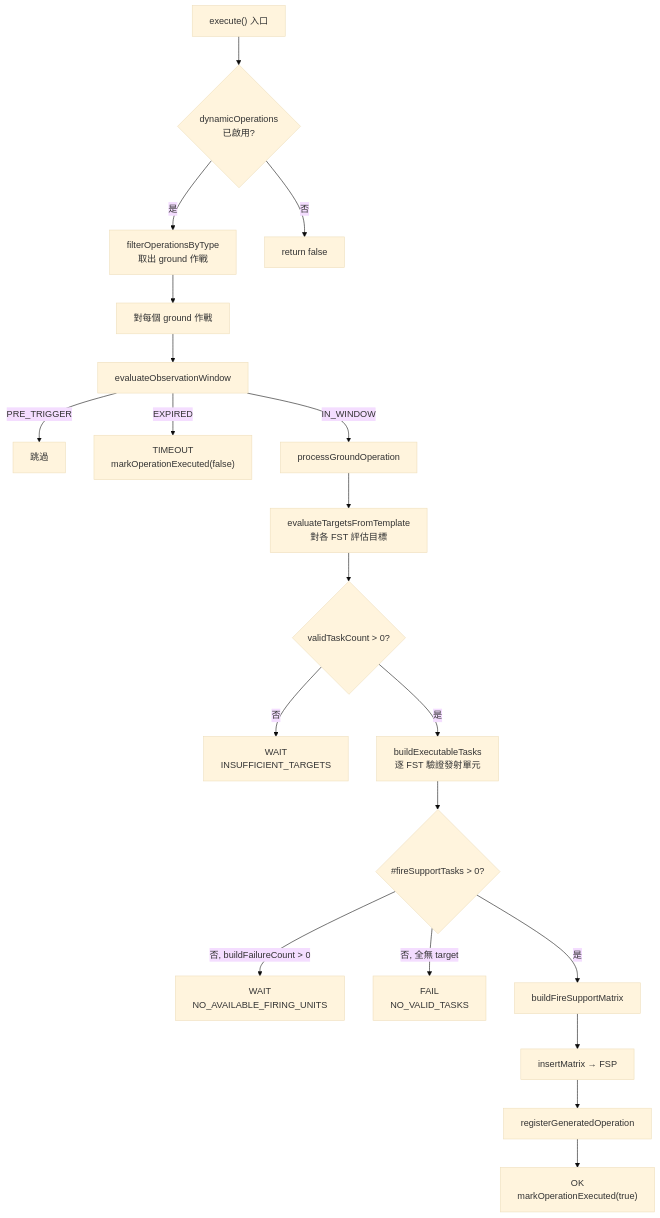
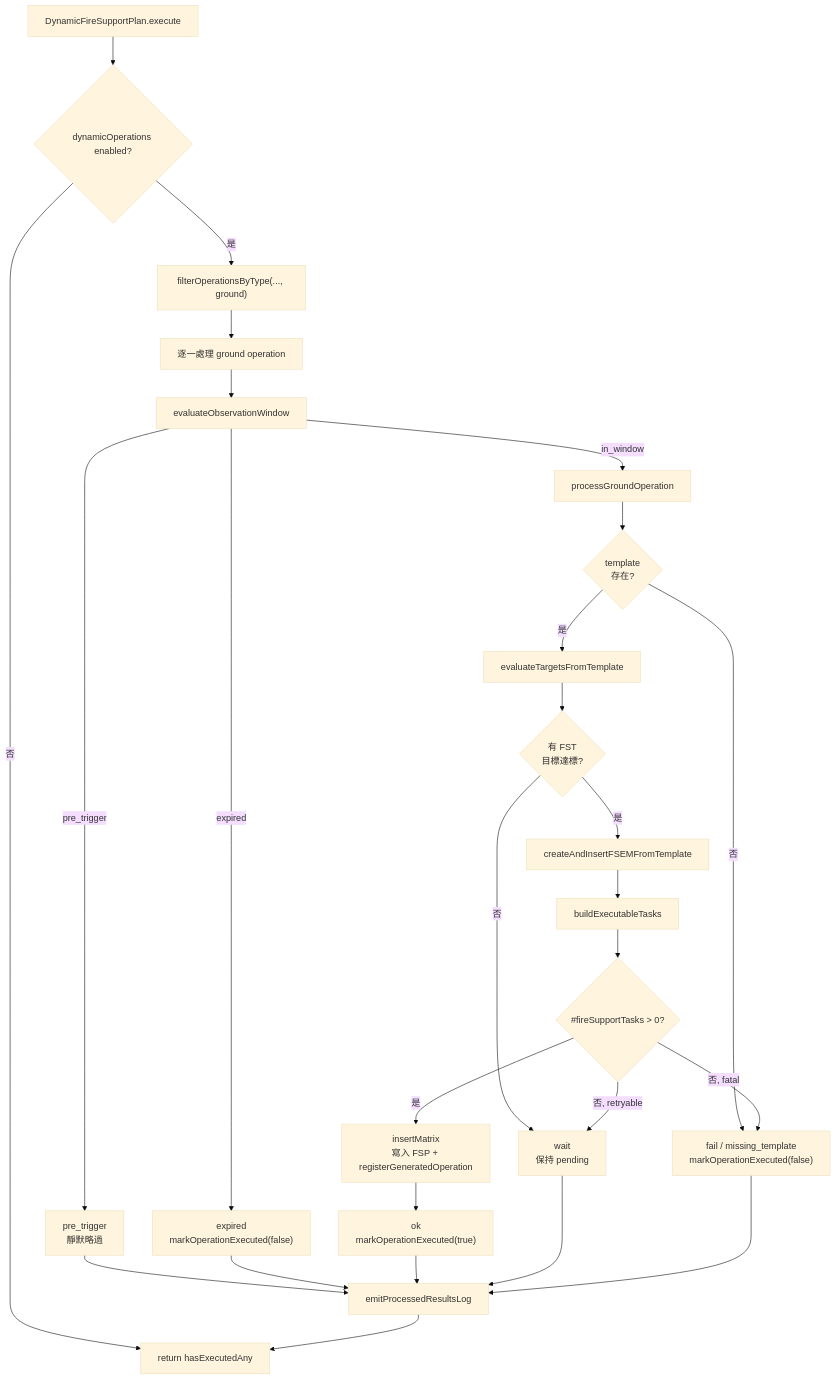
The second of 2 diagrams in docs/strikePlanner/dynamicFireSupportPlan.md (pullupjumper/formosa-in-flames), drawn with Mermaid (base theme) before and after one commit. The commit also changed other lines of this file and 7 other files, not shown here.

````diff
--- a/docs/strikePlanner/dynamicFireSupportPlan.md
+++ b/docs/strikePlanner/dynamicFireSupportPlan.md
@@ -48,30 +104,41 @@
 ```mermaid
 flowchart TD
-    START["execute() 入口"]
-    GUARD{"dynamicOperations<br>已啟用?"}
-    FILTER["filterOperationsByType<br>取出 ground 作戰"]
-    LOOP["對每個 ground 作戰"]
-    WIN["evaluateObservationWindow"]
+    ENTRY["DynamicFireSupportPlan.execute"]
+    ENABLED{"dynamicOperations enabled?"}
+    FILTER["filterOperationsByType(..., ground)"]
+    LOOP["逐一處理 ground operation"]
+    WINDOW["evaluateObservationWindow"]
+    PRE["pre_trigger<br>靜默略過"]
+    EXPIRED["expired<br>markOperationExecuted(false)"]
+    PROCESS["processGroundOperation"]
+    TEMPLATE{"template<br>存在?"}
+    TARGETS["evaluateTargetsFromTemplate"]
+    TARGET_OK{"有 FST<br>目標達標?"}
+    CREATE["createAndInsertFSEMFromTemplate"]
+    BUILD["buildExecutableTasks"]
+    TASK_OK{"#fireSupportTasks > 0?"}
+    INSERT["insertMatrix<br>寫入 FSP + registerGeneratedOperation"]
+    OK["ok<br>markOperationExecuted(true)"]
+    WAIT["wait<br>保持 pending"]
+    FAIL["fail / missing_template<br>markOperationExecuted(false)"]
+    LOG["emitProcessedResultsLog"]
+    RETURN["return hasExecutedAny"]
 
-    WIN -->|PRE_TRIGGER| SKIP["跳過"]
-    WIN -->|EXPIRED| TIMEOUT["TIMEOUT<br>markOperationExecuted(false)"]
-    WIN -->|IN_WINDOW| PROCESS["processGroundOperation"]
-
-    PROCESS --> EVAL["evaluateTargetsFromTemplate<br>對各 FST 評估目標"]
-    EVAL --> CHECK_TARGET{"validTaskCount > 0?"}
-    CHECK_TARGET -->|否| WAIT_T["WAIT<br>INSUFFICIENT_TARGETS"]
-    CHECK_TARGET -->|是| BUILD["buildExecutableTasks<br>逐 FST 驗證發射單元"]
-    BUILD --> CHECK_BUILT{"#fireSupportTasks > 0?"}
-    CHECK_BUILT -->|否, buildFailureCount > 0| WAIT_F["WAIT<br>NO_AVAILABLE_FIRING_UNITS"]
-    CHECK_BUILT -->|否, 全無 target| FAIL_NV["FAIL<br>NO_VALID_TASKS"]
-    CHECK_BUILT -->|是| MATRIX["buildFireSupportMatrix"]
-    MATRIX --> INSERT["insertMatrix → FSP"]
-    INSERT --> REGISTER["registerGeneratedOperation"]
-    REGISTER --> OK["OK<br>markOperationExecuted(true)"]
-
-    START --> GUARD
-    GUARD -->|否| END["return false"]
-    GUARD -->|是| FILTER
-    FILTER --> LOOP
-    LOOP --> WIN
+    ENTRY --> ENABLED
+    ENABLED -->|否| RETURN
+    ENABLED -->|是| FILTER --> LOOP --> WINDOW
+    WINDOW -->|pre_trigger| PRE --> LOG
+    WINDOW -->|expired| EXPIRED --> LOG
+    WINDOW -->|in_window| PROCESS --> TEMPLATE
+    TEMPLATE -->|否| FAIL
+    TEMPLATE -->|是| TARGETS --> TARGET_OK
+    TARGET_OK -->|否| WAIT
+    TARGET_OK -->|是| CREATE --> BUILD --> TASK_OK
+    TASK_OK -->|否, retryable| WAIT
+    TASK_OK -->|否, fatal| FAIL
+    TASK_OK -->|是| INSERT --> OK
+    OK --> LOG
+    WAIT --> LOG
+    FAIL --> LOG
+    LOG --> RETURN
 ```
````
